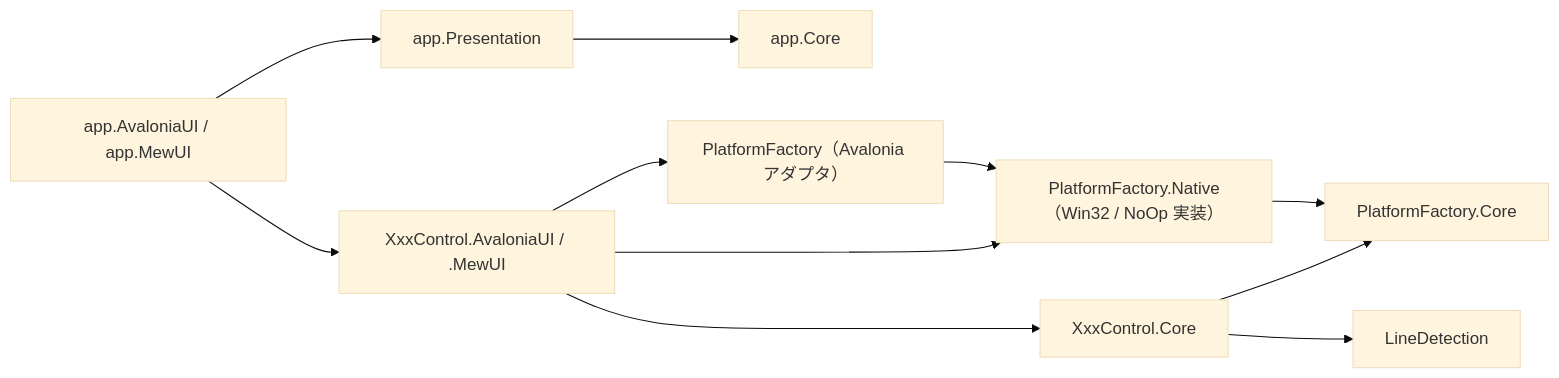
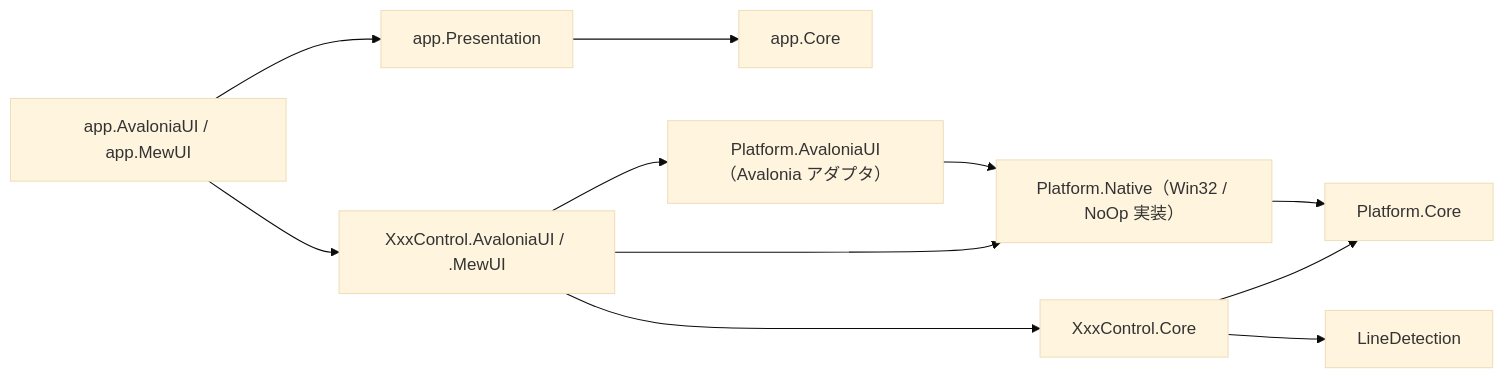
The diagram in .github/複数UI対応作業.md (tomokuni/SaveEvidence), drawn with Mermaid (base theme) before and after one commit. The commit also changed other lines of this file and 504 other files, not shown here.

````diff
--- a/.github/複数UI対応作業.md
+++ b/.github/複数UI対応作業.md
@@ -323,13 +323,13 @@
 ```mermaid
 graph LR
   A[app.AvaloniaUI / app.MewUI] --> B[app.Presentation]
   B --> C[app.Core]
   A --> D["XxxControl.AvaloniaUI / .MewUI"]
   D --> E[XxxControl.Core]
-  D --> F["PlatformFactory（Avalonia アダプタ）"]
-  D --> N["PlatformFactory.Native（Win32 / NoOp 実装）"]
-  E --> G[PlatformFactory.Core]
+  D --> F["Platform.AvaloniaUI（Avalonia アダプタ）"]
+  D --> N["Platform.Native（Win32 / NoOp 実装）"]
+  E --> G[Platform.Core]
   F --> N
   N --> G
   E --> H[LineDetection]
 ```
````
